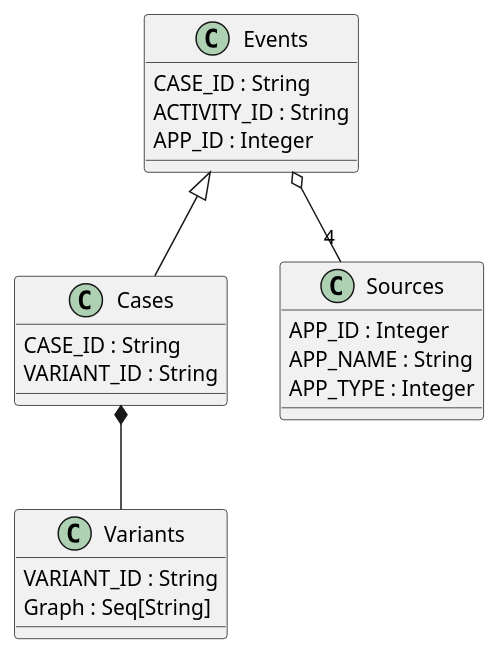
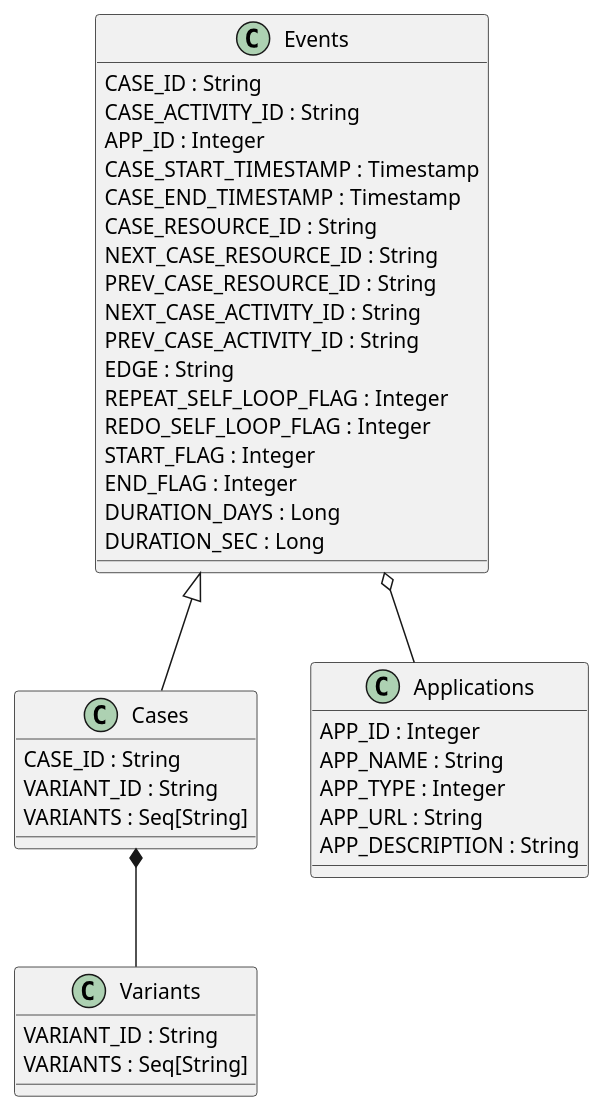
The diagram in flow.md (fcenedes/flows), drawn with PlantUML before and after one commit.

Commit message:
modify data tables schema

```diff
--- a/flow.md
+++ b/flow.md
@@ -20,31 +20,49 @@
 @startuml
 
 
 class Events {
-   {field} CASE_ID : String
-   ACTIVITY_ID : String
+   CASE_ID : String
+   CASE_ACTIVITY_ID : String
    APP_ID : Integer
+   CASE_START_TIMESTAMP : Timestamp
+   CASE_END_TIMESTAMP : Timestamp
+   CASE_RESOURCE_ID : String
+   NEXT_CASE_RESOURCE_ID : String
+   PREV_CASE_RESOURCE_ID : String
+   NEXT_CASE_ACTIVITY_ID : String
+   PREV_CASE_ACTIVITY_ID : String
+   EDGE : String
+   REPEAT_SELF_LOOP_FLAG : Integer
+   REDO_SELF_LOOP_FLAG : Integer
+   START_FLAG : Integer
+   END_FLAG : Integer
+   DURATION_DAYS : Long
+   DURATION_SEC : Long
+   
 }
 
 class Cases {
-  {field} CASE_ID : String
-   VARIANT_ID : String
+  CASE_ID : String
+  VARIANT_ID : String
+  VARIANTS : Seq[String]
 }
 
 class Variants {
-   {field} VARIANT_ID : String
-   Graph : Seq[String]
+   VARIANT_ID : String
+   VARIANTS : Seq[String]
 }
 
-class Sources {
-   {field} APP_ID : Integer
+class Applications {
+   APP_ID : Integer
    APP_NAME : String
    APP_TYPE : Integer
+   APP_URL : String
+   APP_DESCRIPTION : String
 }
 
 
 Events <|-- Cases
 Cases *-- Variants
-Events o-- "4" Sources
+Events o-- Applications
 
 @enduml
```
